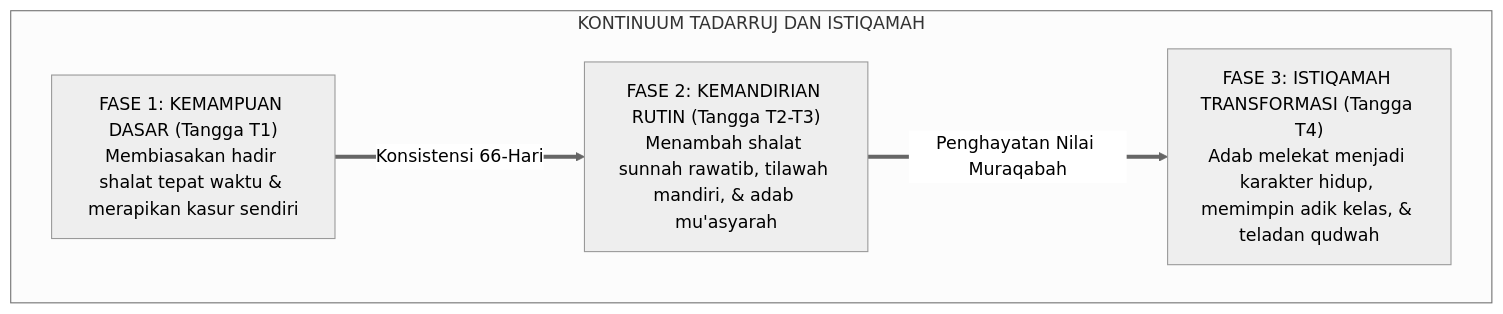
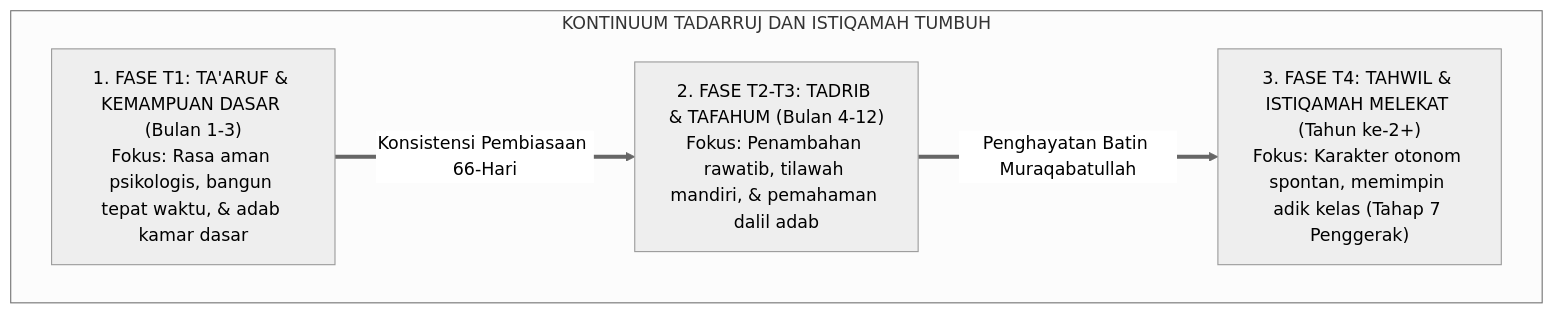
Before and after one commit to wandiapriliyandi/tumbuh: the first of 9 diagrams in 02 Principles/01 Core Principles/P2-01-06-Prinsip-Tadarruj-dan-Istiqamah.md, drawn with Mermaid (neutral theme). The commit also changed other lines of this file and 9 other files, not shown here.

Commit message:
feat(principles): standarisasi 100% monograf terpadu Sub-Domain 01 Core Principles dan Piagam Konstitusi Nilai TUMBUH

````diff
--- a/02 Principles/01 Core Principles/P2-01-06-Prinsip-Tadarruj-dan-Istiqamah.md
+++ b/02 Principles/01 Core Principles/P2-01-06-Prinsip-Tadarruj-dan-Istiqamah.md
@@ -28,10 +60,13 @@
 ```mermaid
-graph TD
-    subgraph KontinuumTadarruj["KONTINUUM TADARRUJ DAN ISTIQAMAH"]
-        T1["FASE 1: KEMAMPUAN DASAR (Tangga T1)<br/>Membiasakan hadir shalat tepat waktu & merapikan kasur sendiri"]
-        T2["FASE 2: KEMANDIRIAN RUTIN (Tangga T2-T3)<br/>Menambah shalat sunnah rawatib, tilawah mandiri, & adab mu'asyarah"]
-        T3["FASE 3: ISTIQAMAH TRANSFORMASI (Tangga T4)<br/>Adab melekat menjadi karakter hidup, memimpin adik kelas, & teladan qudwah"]
+flowchart TD
+    subgraph KontinuumTadarrujIstiqamah["KONTINUUM TADARRUJ DAN ISTIQAMAH TUMBUH"]
+        T1["1. FASE T1: TA'ARUF & KEMAMPUAN DASAR (Bulan 1-3)<br/>Fokus: Rasa aman psikologis, bangun tepat waktu, & adab kamar dasar"]
         
-        T1 ==>|Konsistensi 66-Hari| T2 ==>|Penghayatan Nilai Muraqabah| T3
+        T2["2. FASE T2-T3: TADRIB & TAFAHUM (Bulan 4-12)<br/>Fokus: Penambahan rawatib, tilawah mandiri, & pemahaman dalil adab"]
+        
+        T3["3. FASE T4: TAHWIL & ISTIQAMAH MELEKAT (Tahun ke-2+)<br/>Fokus: Karakter otonom spontan, memimpin adik kelas (Tahap 7 Penggerak)"]
+        
+        T1 ==>|Konsistensi Pembiasaan 66-Hari| T2
+        T2 ==>|Penghayatan Batin Muraqabatullah| T3
     end
 ```
````
